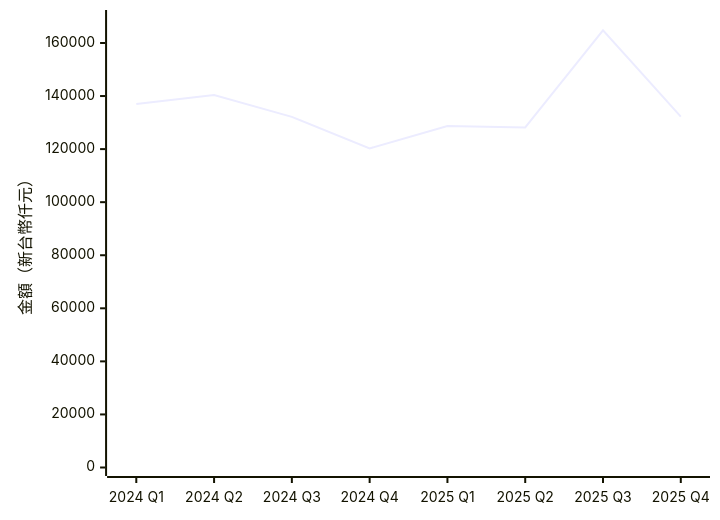
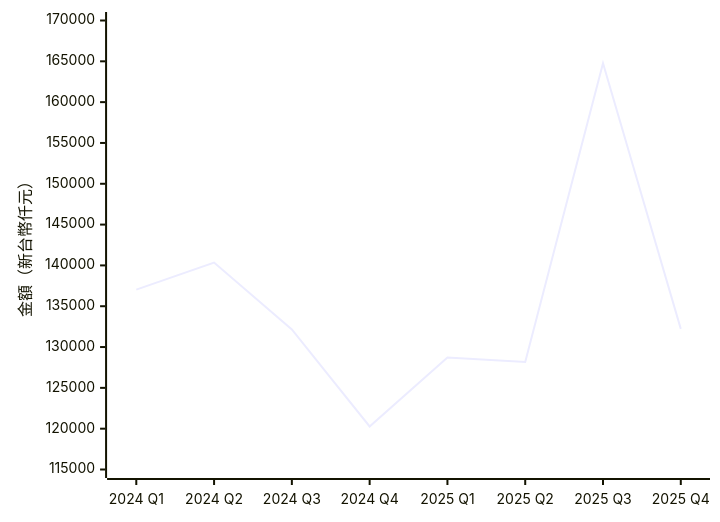
Diagram 13 of 19 in content/台灣零售與電商競爭分析.md (jyuny1/blog), drawn with Mermaid before and after one commit. The commit also changed other lines of this file, not shown here.

````diff
--- a/content/台灣零售與電商競爭分析.md
+++ b/content/台灣零售與電商競爭分析.md
@@ -176,6 +176,6 @@
 ```mermaid
 xychart-beta
     x-axis ["2024 Q1", "2024 Q2", "2024 Q3", "2024 Q4", "2025 Q1", "2025 Q2", "2025 Q3", "2025 Q4"]
-    y-axis "金額（新台幣仟元）" 0 --> 169225
+    y-axis "金額（新台幣仟元）" 115000 --> 170000
     line [137033, 140355, 132152, 120271, 128717, 128175, 164775, 132226]
 ```
````
